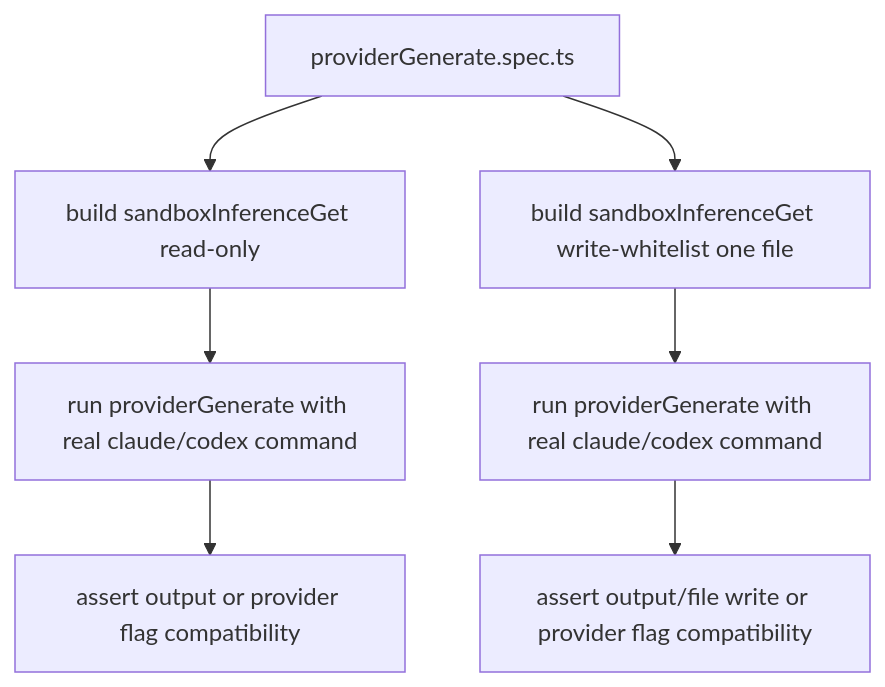
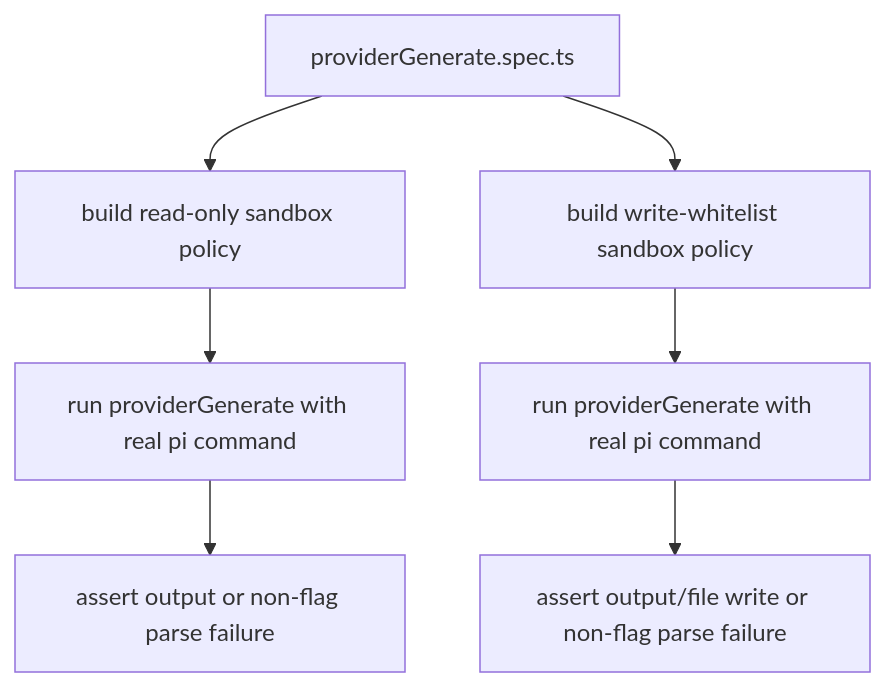
One commit to ex3ndr/holdmybeer changed the diagram in doc/provider-generate-integration-tests.md. Above: the diagram before and after it, drawn with Mermaid. The commit also changed other lines of this file and 11 other files, not shown here.

Commit message:
docs(provider): remove legacy claude codex references

````diff
--- a/doc/provider-generate-integration-tests.md
+++ b/doc/provider-generate-integration-tests.md
@@ -7,9 +7,9 @@
 ```mermaid
 flowchart TD
-  A[providerGenerate.spec.ts] --> B[build sandboxInferenceGet read-only]
-  A --> C[build sandboxInferenceGet write-whitelist one file]
-  B --> D[run providerGenerate with real claude/codex command]
-  C --> E[run providerGenerate with real claude/codex command]
-  D --> F[assert output or provider flag compatibility]
-  E --> G[assert output/file write or provider flag compatibility]
+  A[providerGenerate.spec.ts] --> B[build read-only sandbox policy]
+  A --> C[build write-whitelist sandbox policy]
+  B --> D[run providerGenerate with real pi command]
+  C --> E[run providerGenerate with real pi command]
+  D --> F[assert output or non-flag parse failure]
+  E --> G[assert output/file write or non-flag parse failure]
 ```
````
